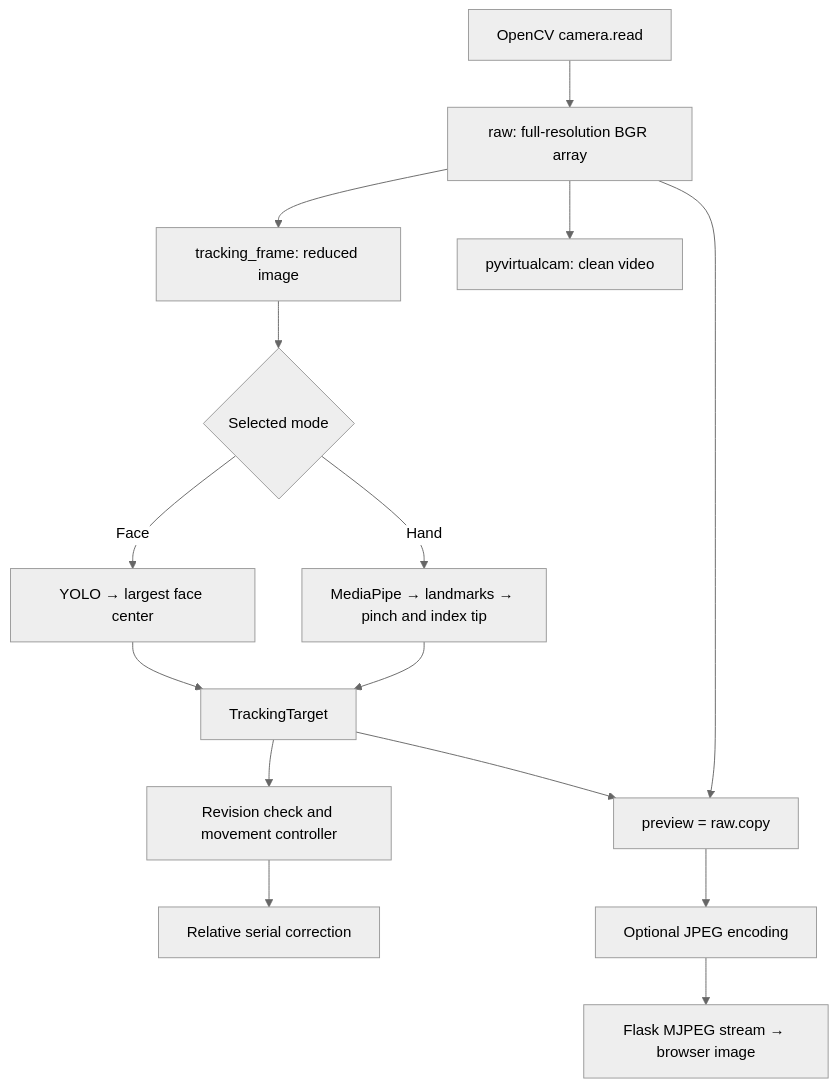
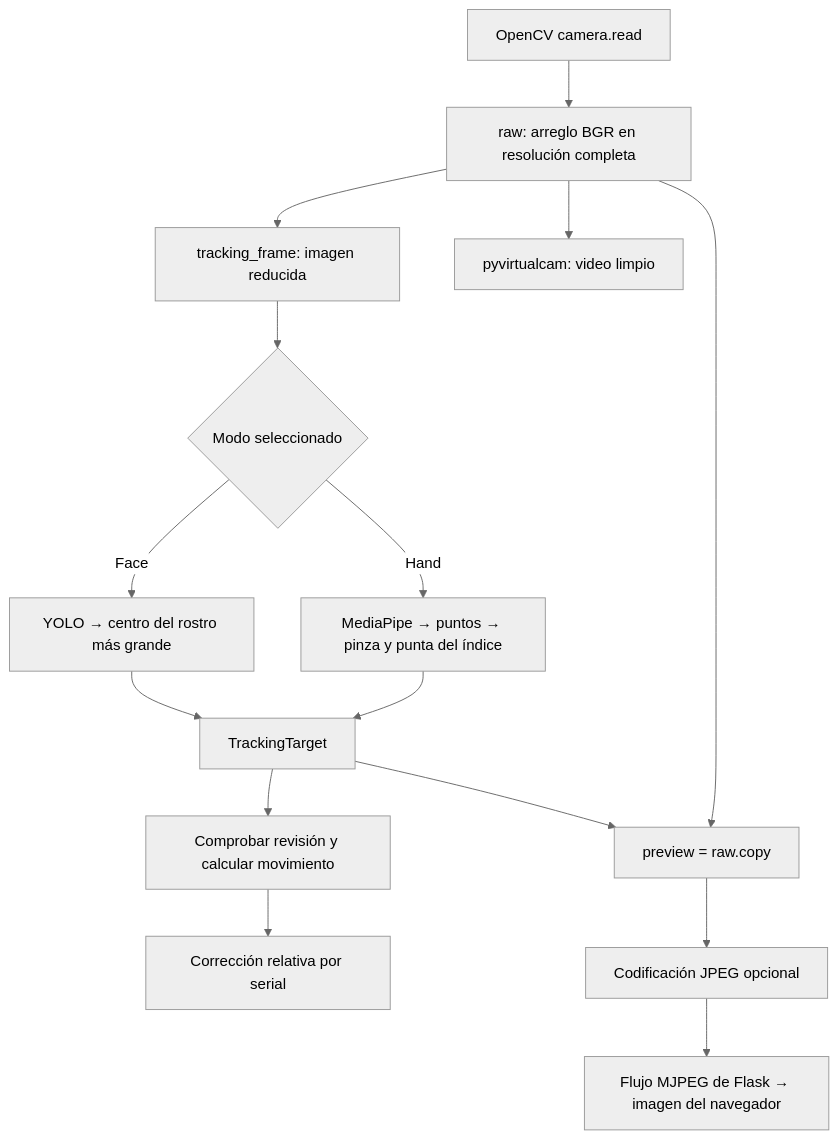
The diagram in docs/code-walkthrough.md (xJosephMorganx/smart-camera-tracking), drawn with Mermaid (neutral theme) before and after one commit. The commit also changed other lines of this file and 2 other files, not shown here.

````diff
--- a/docs/code-walkthrough.md
+++ b/docs/code-walkthrough.md
@@ -99,17 +115,17 @@
 ```mermaid
 flowchart TD
-    Read[OpenCV camera.read] --> Raw[raw: full-resolution BGR array]
-    Raw --> Small[tracking_frame: reduced image]
-    Small --> Mode{Selected mode}
-    Mode -->|Face| YOLO[YOLO → largest face center]
-    Mode -->|Hand| MP[MediaPipe → landmarks → pinch and index tip]
+    Read[OpenCV camera.read] --> Raw[raw: arreglo BGR en resolución completa]
+    Raw --> Small[tracking_frame: imagen reducida]
+    Small --> Mode{Modo seleccionado}
+    Mode -->|Face| YOLO[YOLO → centro del rostro más grande]
+    Mode -->|Hand| MP[MediaPipe → puntos → pinza y punta del índice]
     YOLO --> Target[TrackingTarget]
     MP --> Target
-    Target --> Check[Revision check and movement controller]
-    Check --> Serial[Relative serial correction]
-    Raw --> Clean[pyvirtualcam: clean video]
+    Target --> Check[Comprobar revisión y calcular movimiento]
+    Check --> Serial[Corrección relativa por serial]
+    Raw --> Clean[pyvirtualcam: video limpio]
     Raw --> Copy[preview = raw.copy]
     Target --> Copy
-    Copy --> JPEG[Optional JPEG encoding]
-    JPEG --> Browser[Flask MJPEG stream → browser image]
+    Copy --> JPEG[Codificación JPEG opcional]
+    JPEG --> Browser[Flujo MJPEG de Flask → imagen del navegador]
 ```
````
